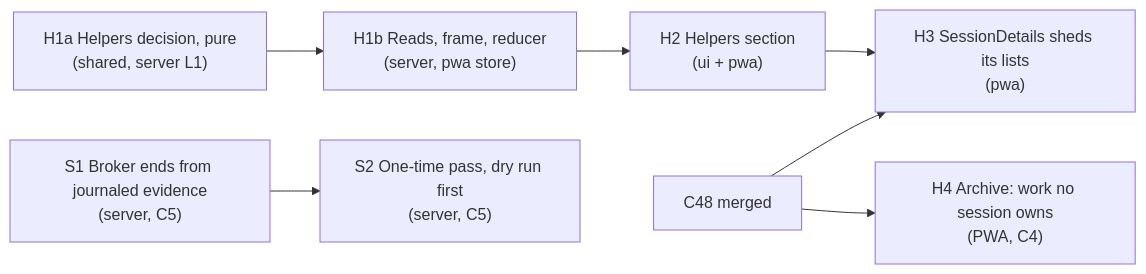
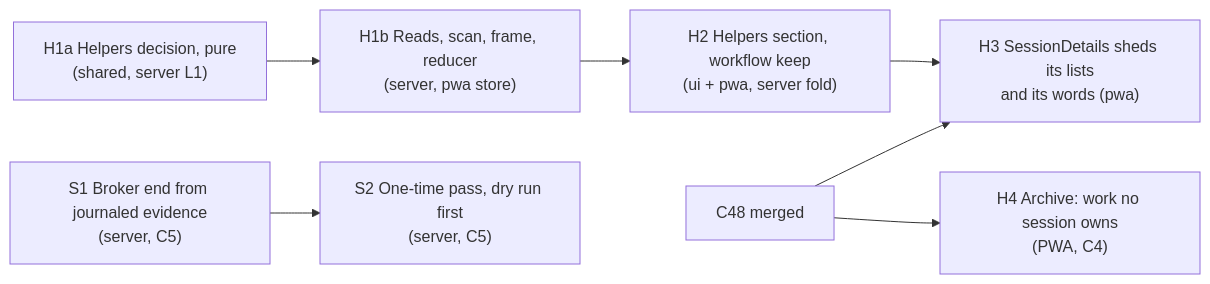
The fourth of 4 diagrams in docs/superpowers/specs/2026-11-19-session-helpers-design.md (Synapsium-Labs/ccrc-pwa), drawn with Mermaid before and after one commit. The commit also changed other lines of this file and 6 other files, not shown here.

````diff
--- a/docs/superpowers/specs/2026-11-19-session-helpers-design.md
+++ b/docs/superpowers/specs/2026-11-19-session-helpers-design.md
@@ -571,10 +661,10 @@
 ```mermaid
 flowchart LR
   H4["H4 Archive: work no session owns<br/>(PWA, C4)"]
-  H1a["H1a Helpers decision, pure<br/>(shared, server L1)"] --> H1b["H1b Reads, frame, reducer<br/>(server, pwa store)"]
-  H1b --> H2["H2 Helpers section<br/>(ui + pwa)"]
-  H2 --> H3["H3 SessionDetails sheds its lists<br/>(pwa)"]
+  H1a["H1a Helpers decision, pure<br/>(shared, server L1)"] --> H1b["H1b Reads, scan, frame, reducer<br/>(server, pwa store)"]
+  H1b --> H2["H2 Helpers section, workflow keep<br/>(ui + pwa, server fold)"]
+  H2 --> H3["H3 SessionDetails sheds its lists<br/>and its words (pwa)"]
   C48["C48 merged"] --> H3
   C48 --> H4
-  S1["S1 Broker ends from journaled evidence<br/>(server, C5)"] --> S2["S2 One-time pass, dry run first<br/>(server, C5)"]
+  S1["S1 Broker end from journaled evidence<br/>(server, C5)"] --> S2["S2 One-time pass, dry run first<br/>(server, C5)"]
 ```
````
